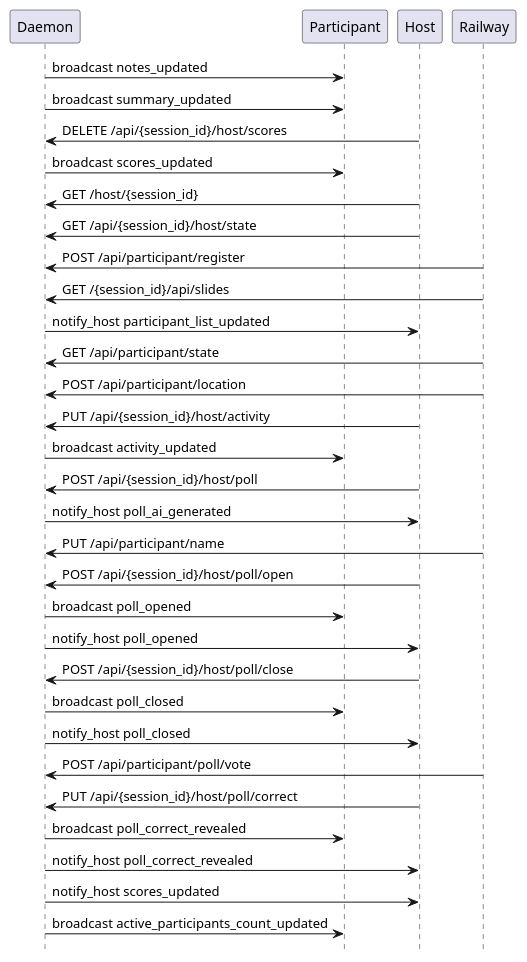
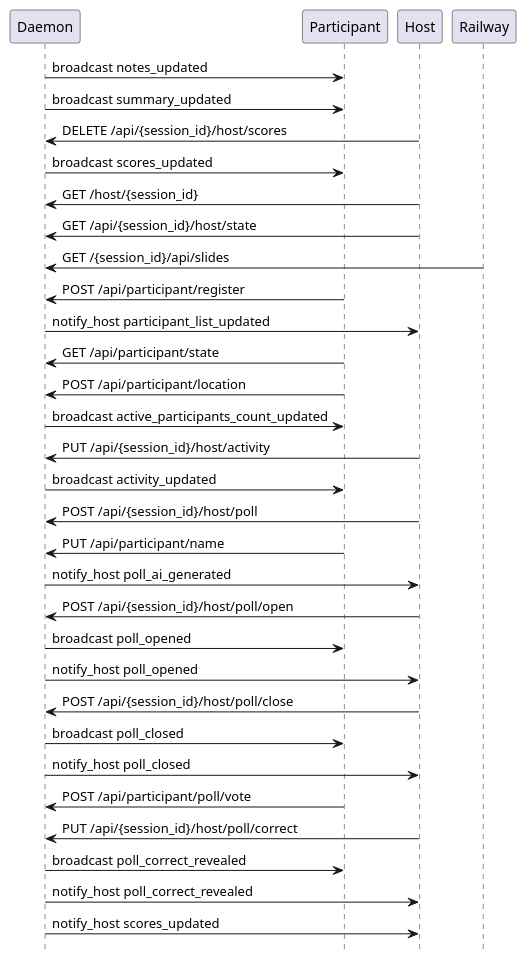
One commit to victorrentea/training-assistant changed the diagram in docs/sequences/generated/03-poll-and-quiz.puml. Above: the diagram before and after it, drawn with PlantUML.

Commit message:
docs: regenerated poll diagram with Participant actor and browser instrumentation
All 4 actors visible: Host, Participant, Daemon, Railway.
Participant REST calls correctly attributed. Broadcasts and host
notifications all captured.

```diff
--- a/docs/sequences/generated/03-poll-and-quiz.puml
+++ b/docs/sequences/generated/03-poll-and-quiz.puml
@@ -1,38 +1,38 @@
 @startuml
 hide footbox
 
 participant "Daemon"
 participant "Participant"
 participant "Host"
 participant "Railway"
 
 "Daemon" -> "Participant": broadcast notes_updated
 "Daemon" -> "Participant": broadcast summary_updated
 "Host" -> "Daemon": DELETE /api/{session_id}/host/scores
 "Daemon" -> "Participant": broadcast scores_updated
 "Host" -> "Daemon": GET /host/{session_id}
 "Host" -> "Daemon": GET /api/{session_id}/host/state
-"Railway" -> "Daemon": POST /api/participant/register
 "Railway" -> "Daemon": GET /{session_id}/api/slides
+"Participant" -> "Daemon": POST /api/participant/register
 "Daemon" -> "Host": notify_host participant_list_updated
-"Railway" -> "Daemon": GET /api/participant/state
-"Railway" -> "Daemon": POST /api/participant/location
+"Participant" -> "Daemon": GET /api/participant/state
+"Participant" -> "Daemon": POST /api/participant/location
+"Daemon" -> "Participant": broadcast active_participants_count_updated
 "Host" -> "Daemon": PUT /api/{session_id}/host/activity
 "Daemon" -> "Participant": broadcast activity_updated
 "Host" -> "Daemon": POST /api/{session_id}/host/poll
+"Participant" -> "Daemon": PUT /api/participant/name
 "Daemon" -> "Host": notify_host poll_ai_generated
-"Railway" -> "Daemon": PUT /api/participant/name
 "Host" -> "Daemon": POST /api/{session_id}/host/poll/open
 "Daemon" -> "Participant": broadcast poll_opened
 "Daemon" -> "Host": notify_host poll_opened
 "Host" -> "Daemon": POST /api/{session_id}/host/poll/close
 "Daemon" -> "Participant": broadcast poll_closed
 "Daemon" -> "Host": notify_host poll_closed
-"Railway" -> "Daemon": POST /api/participant/poll/vote
+"Participant" -> "Daemon": POST /api/participant/poll/vote
 "Host" -> "Daemon": PUT /api/{session_id}/host/poll/correct
 "Daemon" -> "Participant": broadcast poll_correct_revealed
 "Daemon" -> "Host": notify_host poll_correct_revealed
 "Daemon" -> "Host": notify_host scores_updated
-"Daemon" -> "Participant": broadcast active_participants_count_updated
 
 @enduml
```
